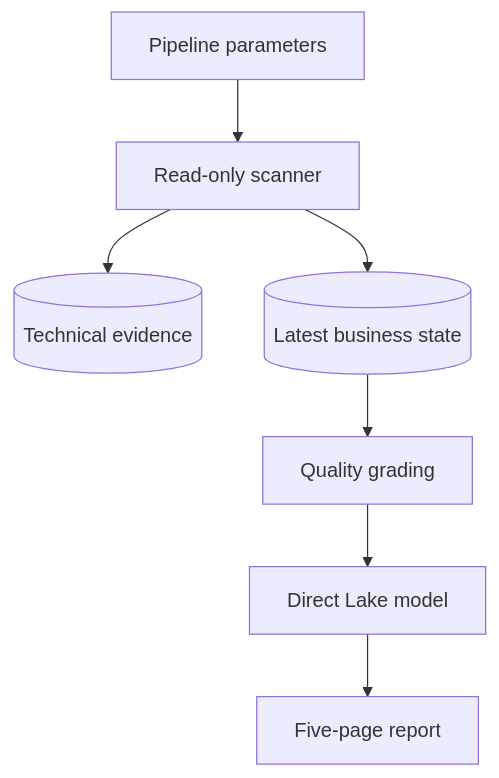
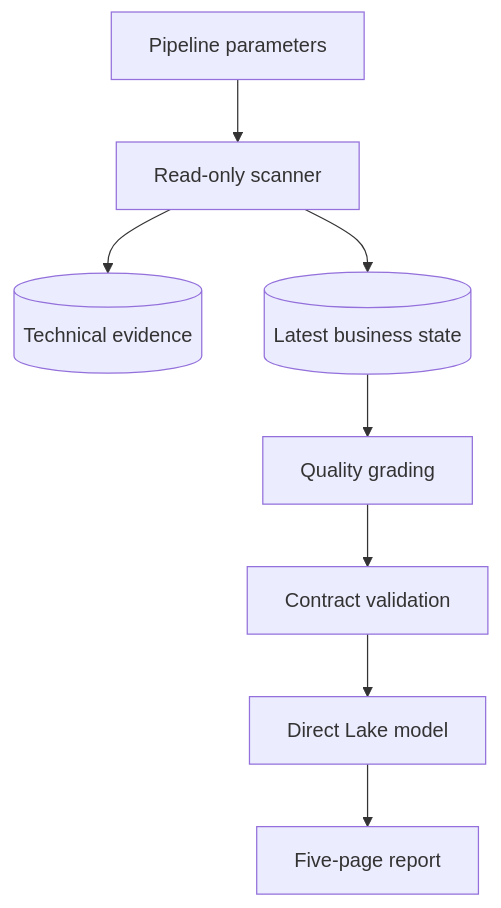
One commit to ZeonZheng/fabric-semantic-model-optimization changed the first of 2 diagrams in docs/architecture.md. Above: the diagram before and after it, drawn with Mermaid. The commit also changed other lines of this file and 8 other files, not shown here.

````diff
--- a/docs/architecture.md
+++ b/docs/architecture.md
@@ -19,9 +20,10 @@
 ```mermaid
 flowchart TD
     A[Pipeline parameters] --> B[Read-only scanner]
     B --> C[(Technical evidence)]
     B --> D[(Latest business state)]
     D --> Q[Quality grading]
-    Q --> E[Direct Lake model]
+    Q --> V[Contract validation]
+    V --> E[Direct Lake model]
     E --> F[Five-page report]
 ```
````
